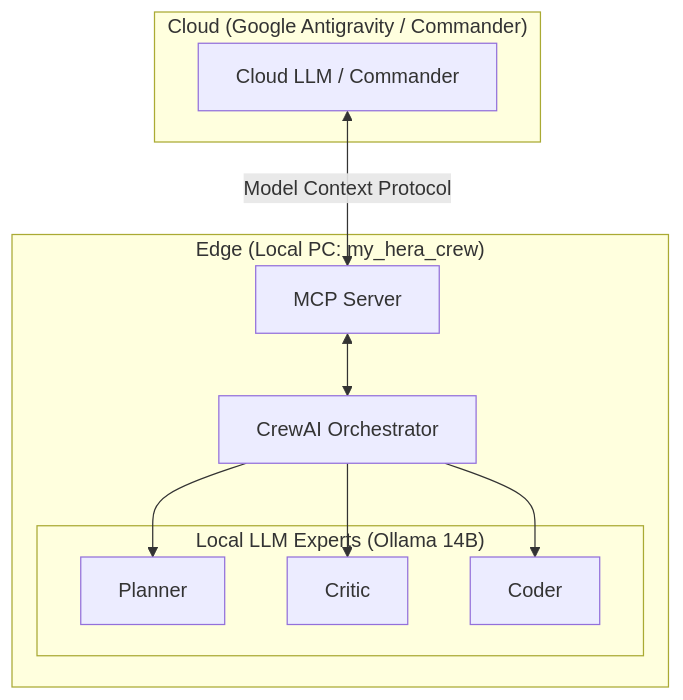
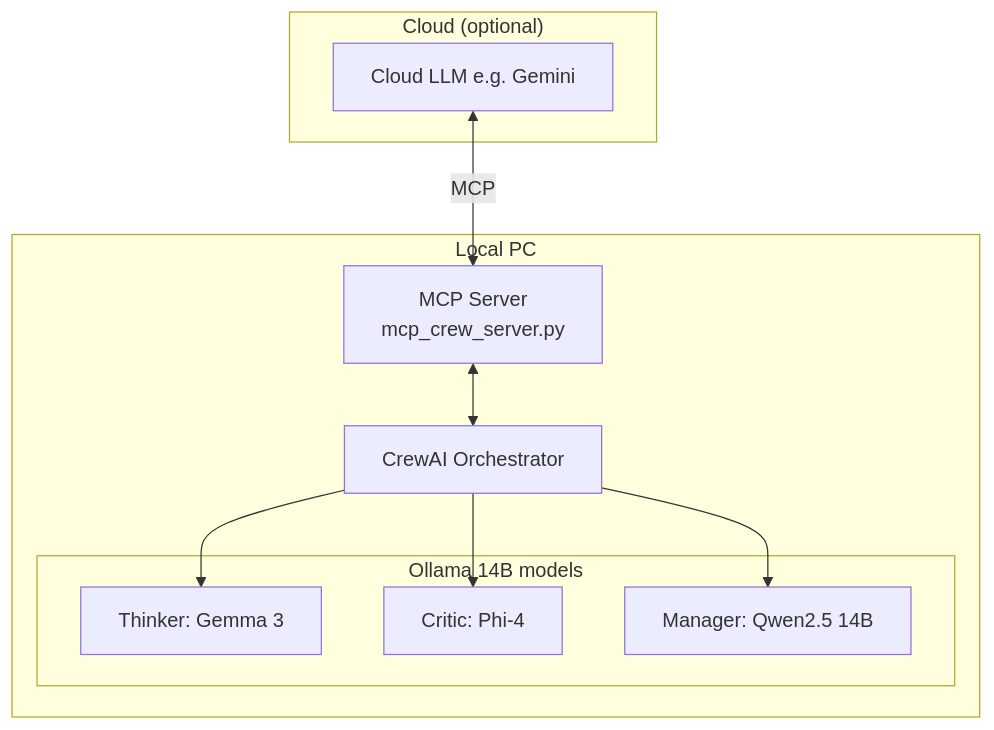
The diagram in README.md (ryohryp/hera-crew), drawn with Mermaid before and after one commit. The commit also changed other lines of this file and 1 other file, not shown here.

````diff
--- a/README.md
+++ b/README.md
@@ -55,23 +47,23 @@
 ```mermaid
 graph TD
-    subgraph "Cloud (Google Antigravity / Commander)"
-        A[Cloud LLM / Commander]
+    subgraph "Cloud (optional)"
+        A[Cloud LLM e.g. Gemini]
     end
 
-    subgraph "Edge (Local PC: my_hera_crew)"
-        B[MCP Server]
+    subgraph "Local PC"
+        B[MCP Server<br/>mcp_crew_server.py]
         C[CrewAI Orchestrator]
-        
-        subgraph "Local LLM Experts (Ollama 14B)"
-            D[Planner]
-            E[Critic]
-            F[Coder]
+
+        subgraph "Ollama 14B models"
+            D[Thinker: Gemma 3]
+            E[Critic: Phi-4]
+            F[Manager: Qwen2.5 14B]
         end
     end
 
-    A <-->|Model Context Protocol| B
+    A <-->|MCP| B
     B <--> C
     C --> D
     C --> E
     C --> F
 ```
````
